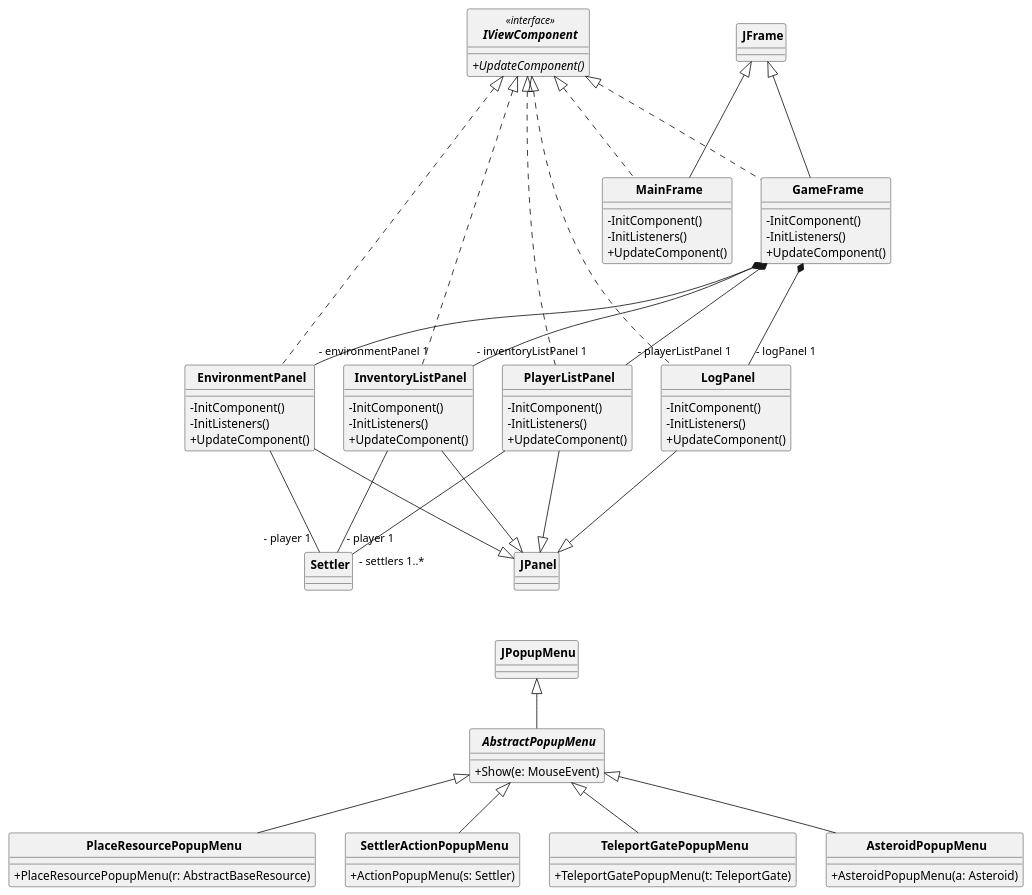
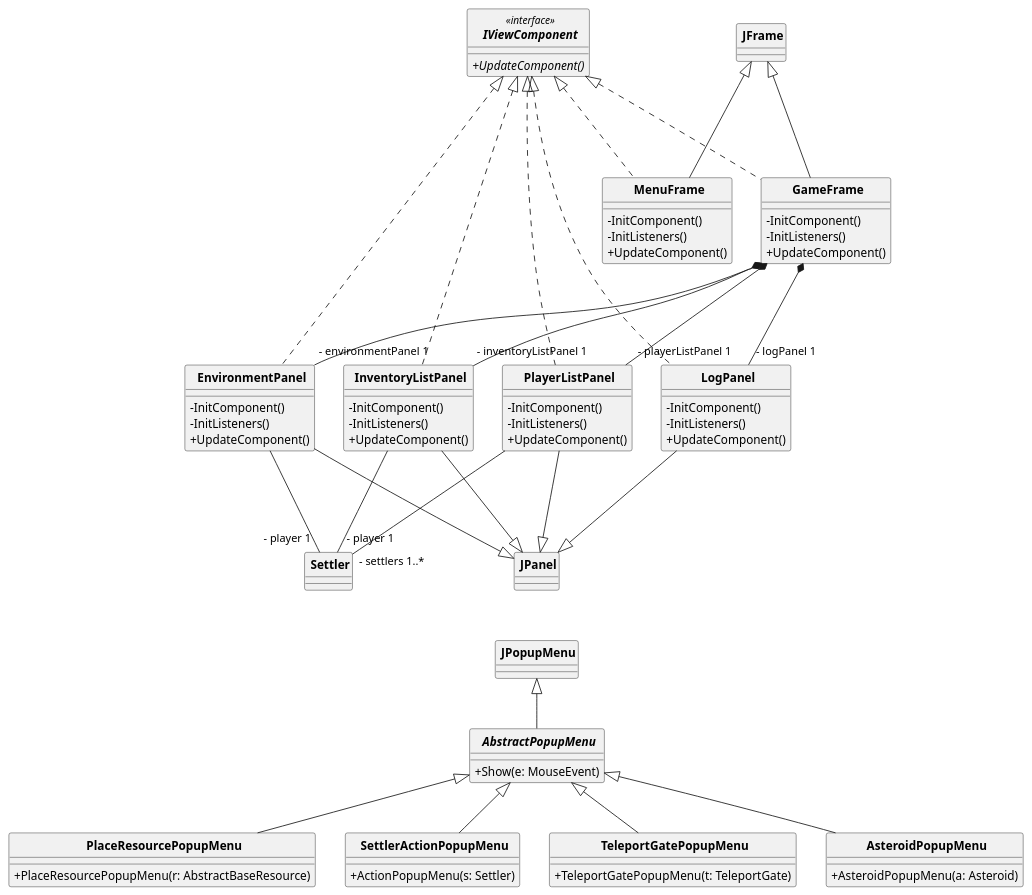
One commit to triszt4n/projlab_holy_oil changed the diagram in uml/class_diagrams/gui_class.plantuml. Above: the diagram before and after it, drawn with PlantUML. The commit also changed 1 other file, not shown here.

```diff
--- a/uml/class_diagrams/gui_class.plantuml
+++ b/uml/class_diagrams/gui_class.plantuml
@@ -1,117 +1,117 @@
 @startuml classdiagram
 
 skinparam ClassAttributeIconSize 0
 skinparam CircledCharacterRadius 0
 skinparam CircledCharacterFontSize 0
 skinparam ClassFontStyle bold
 
 class JFrame {}
 class JPanel {}
 class JPopupMenu {}
 
 ' package: viewcomponents
 interface IViewComponent << interface >> {
   {abstract} + UpdateComponent()
 }
 
 together {
-  class MainFrame {
+  class MenuFrame {
     - InitComponent()
     - InitListeners()
     + UpdateComponent()
   }
 
   class GameFrame {
     - InitComponent()
     - InitListeners()
     + UpdateComponent()
   }
 }
 
 together {
   class EnvironmentPanel {
     - InitComponent()
     - InitListeners()
     + UpdateComponent()
   }
 
   class InventoryListPanel {
     - InitComponent()
     - InitListeners()
     + UpdateComponent()
   }
 
   class PlayerListPanel {
     - InitComponent()
     - InitListeners()
     + UpdateComponent()
   }
 
   class LogPanel {
     - InitComponent()
     - InitListeners()
     + UpdateComponent()
   }
 }
 
 abstract class AbstractPopupMenu {
   + Show(e: MouseEvent)
 }
 
 together {
   class AsteroidPopupMenu {
     + AsteroidPopupMenu(a: Asteroid)
   }
 
   class TeleportGatePopupMenu {
     + TeleportGatePopupMenu(t: TeleportGate)
   }
 
   class SettlerActionPopupMenu {
     + ActionPopupMenu(s: Settler)
   }
 
   class PlaceResourcePopupMenu {
     + PlaceResourcePopupMenu(r: AbstractBaseResource)
   }
 }
 
 ' Interface realizations
 GameFrame .up..|> IViewComponent
-MainFrame .up..|> IViewComponent
+MenuFrame .up..|> IViewComponent
 EnvironmentPanel .up..|> IViewComponent
 InventoryListPanel .up..|> IViewComponent
 PlayerListPanel .up..|> IViewComponent
 LogPanel .up..|> IViewComponent
 
 ' Inheritance
 GameFrame -up--|> JFrame
-MainFrame -up--|> JFrame
+MenuFrame -up--|> JFrame
 
 EnvironmentPanel -down--|> JPanel
 InventoryListPanel -down--|> JPanel
 PlayerListPanel -down--|> JPanel
 LogPanel -down--|> JPanel
 
 AbstractPopupMenu -up-|> JPopupMenu
 AsteroidPopupMenu -up-|> AbstractPopupMenu
 TeleportGatePopupMenu -up-|> AbstractPopupMenu
 SettlerActionPopupMenu -up-|> AbstractPopupMenu
 PlaceResourcePopupMenu -up-|> AbstractPopupMenu
 
 ' This is for better display
 JPopupMenu -[hidden]up-> JPanel
 
 ' Associations
 GameFrame *--- "- environmentPanel 1" EnvironmentPanel
 GameFrame *--- "- inventoryListPanel 1" InventoryListPanel
 GameFrame *--- "- playerListPanel 1" PlayerListPanel
 GameFrame *--- "- logPanel 1" LogPanel
 
 InventoryListPanel --- "- player 1" Settler
 PlayerListPanel --- "- settlers 1..*" Settler
 EnvironmentPanel --- "- player 1" Settler
 ' Ez a fenti majd kódolásnál felesleges
 ' Turncontroller --> state machine: ki van soron a lépésnél?
 
 @enduml
```
